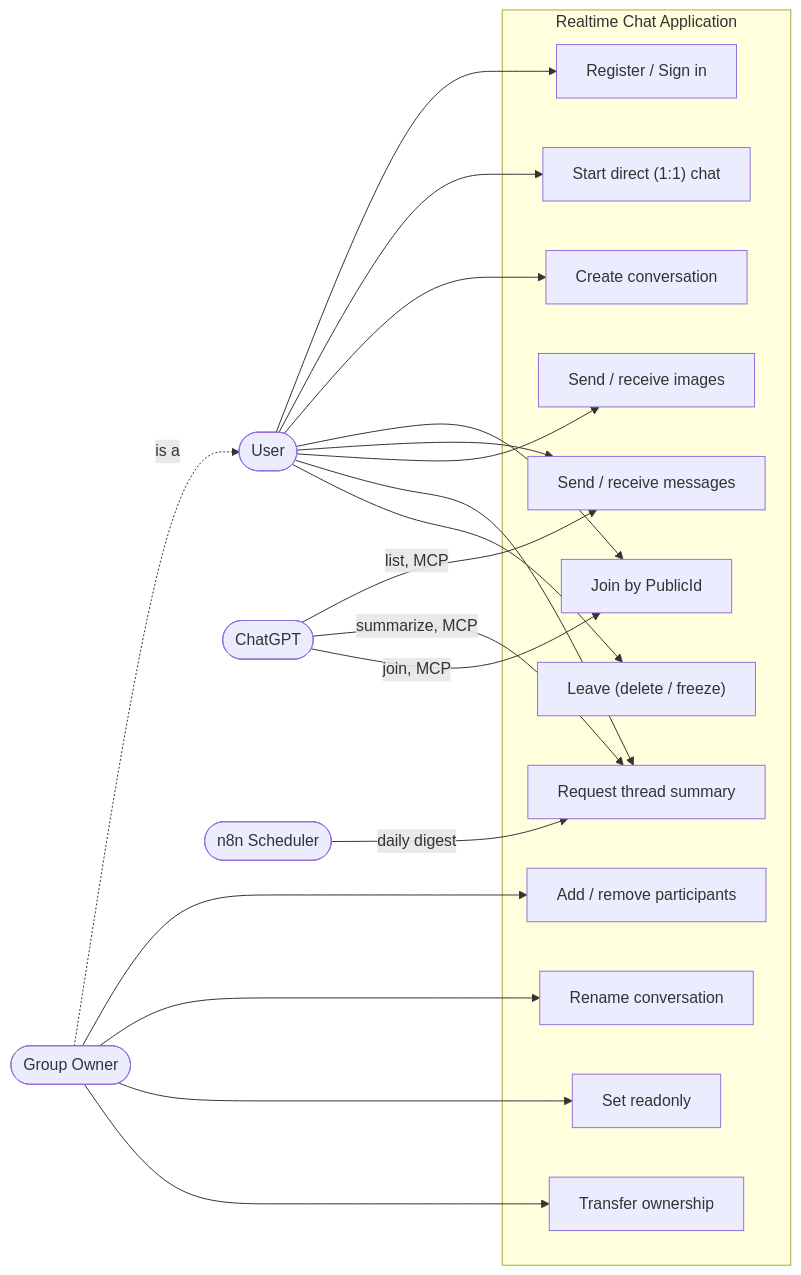
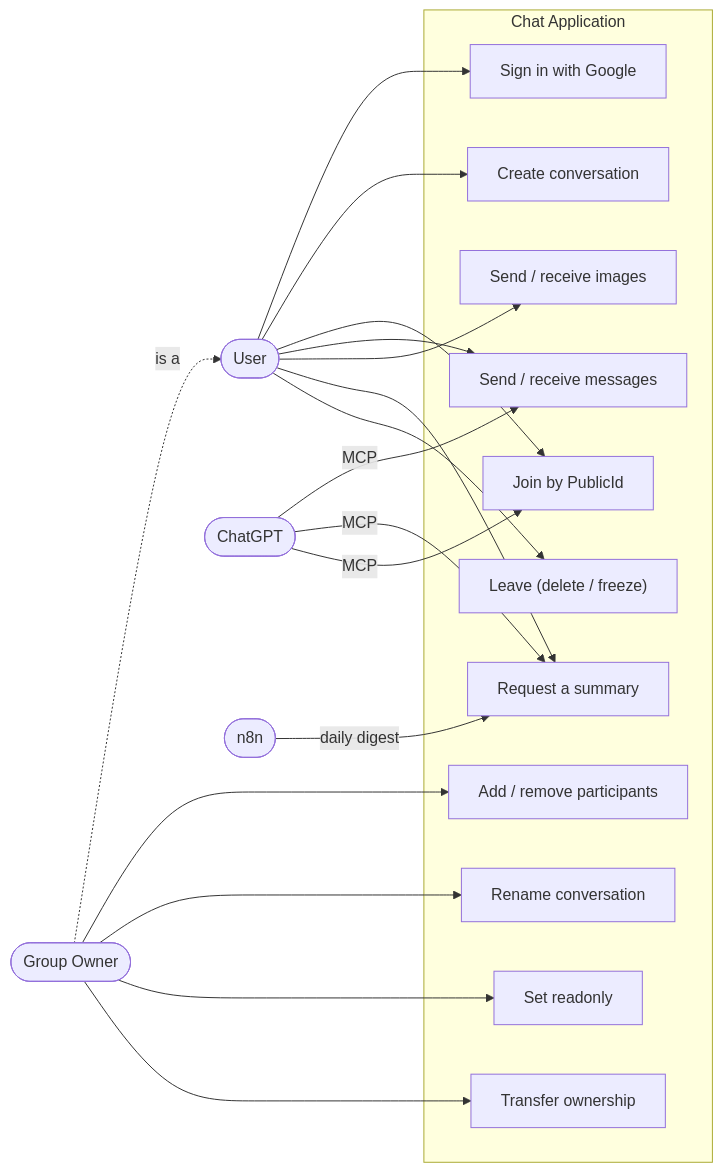
The first of 4 diagrams in docs/software-requirements-specification.md (phanxuanquang/jetomax-assignment), drawn with Mermaid before and after one commit. The commit also changed other lines of this file and 5 other files, not shown here.

````diff
--- a/docs/software-requirements-specification.md
+++ b/docs/software-requirements-specification.md
@@ -66,43 +63,29 @@
 ```mermaid
 flowchart LR
     U(["User"])
     O(["Group Owner"])
     GPT(["ChatGPT"])
-    N8N(["n8n Scheduler"])
+    N8N(["n8n"])
 
-    subgraph SYS["Realtime Chat Application"]
-        UC_AUTH["Register / Sign in"]
-        UC_DM["Start direct (1:1) chat"]
+    subgraph SYS["Chat Application"]
+        UC_AUTH["Sign in with Google"]
         UC_CREATE["Create conversation"]
         UC_JOIN["Join by PublicId"]
         UC_MSG["Send / receive messages"]
         UC_IMG["Send / receive images"]
-        UC_SUM["Request thread summary"]
+        UC_SUM["Request a summary"]
         UC_MANAGE["Add / remove participants"]
         UC_RENAME["Rename conversation"]
         UC_RO["Set readonly"]
         UC_XFER["Transfer ownership"]
         UC_LEAVE["Leave (delete / freeze)"]
     end
 
     O -.->|is a| U
-
-    U --> UC_AUTH
-    U --> UC_DM
-    U --> UC_CREATE
-    U --> UC_JOIN
-    U --> UC_MSG
-    U --> UC_IMG
-    U --> UC_SUM
-    U --> UC_LEAVE
-
-    O --> UC_MANAGE
-    O --> UC_RENAME
-    O --> UC_RO
-    O --> UC_XFER
-
-    GPT -->|list, MCP| UC_MSG
-    GPT -->|summarize, MCP| UC_SUM
-    GPT -->|join, MCP| UC_JOIN
+    U --> UC_AUTH & UC_CREATE & UC_JOIN & UC_MSG & UC_IMG & UC_SUM & UC_LEAVE
+    O --> UC_MANAGE & UC_RENAME & UC_RO & UC_XFER
+    GPT -->|MCP| UC_MSG
+    GPT -->|MCP| UC_SUM
+    GPT -->|MCP| UC_JOIN
     N8N -->|daily digest| UC_SUM
 ```
````
